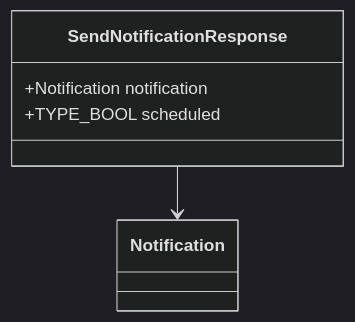
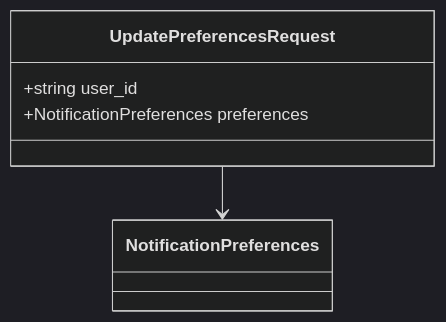
One commit to kyivinua/root changed diagram 34 of 37 in test-monorepo/docs/consolidated/NotificationService.md. Above: the diagram before and after it, drawn with Mermaid (dark theme). The commit also changed other lines of this file and 5 other files, not shown here.

````diff
--- a/test-monorepo/docs/consolidated/NotificationService.md
+++ b/test-monorepo/docs/consolidated/NotificationService.md
@@ -905,8 +1810,8 @@
 ```mermaid
 classDiagram
-    class SendNotificationResponse {
-        +Notification notification
-        +TYPE_BOOL scheduled
+    class UpdatePreferencesRequest {
+        +string user_id
+        +NotificationPreferences preferences
     }
-    SendNotificationResponse --> Notification
+    UpdatePreferencesRequest --> NotificationPreferences
 ```
````
